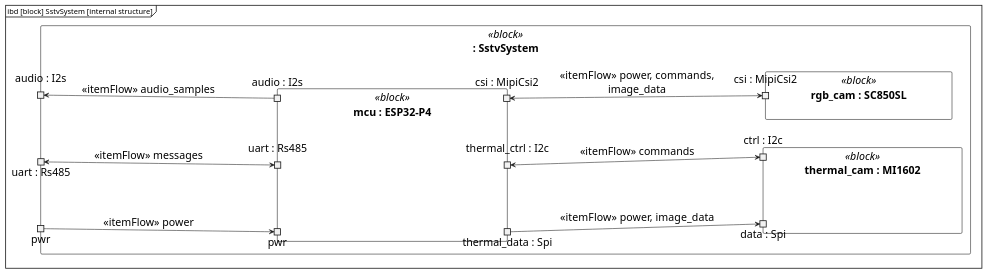
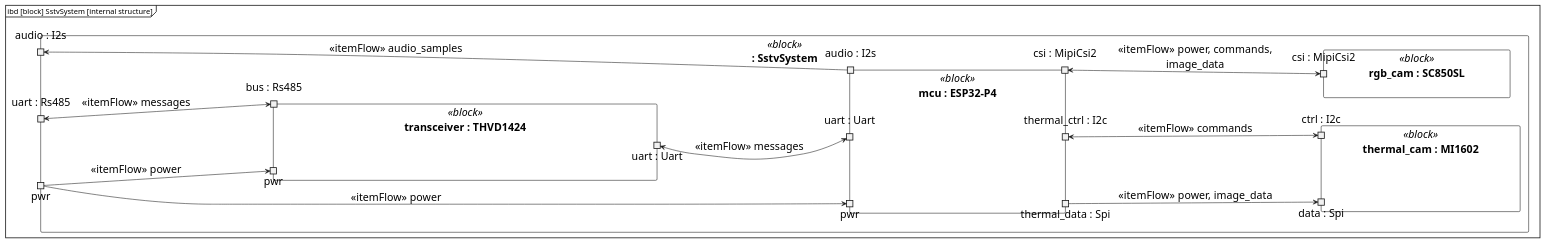
The diagram in figures/hardware-sstv.puml (unexcellent/bachelor_thesis), drawn with PlantUML before and after one commit.

Commit message:
include rs485 transceiver in sstv ibd

```diff
--- a/figures/hardware-sstv.puml
+++ b/figures/hardware-sstv.puml
@@ -1,46 +1,53 @@
 @startuml
 mainframe ibd [block] SstvSystem [internal structure]
 left to right direction
 skinparam componentStyle rectangle
 skinparam nodesep 45
 skinparam ranksep 80
 skinparam defaultFontName Helvetica Neue
 skinparam defaultFontSize 20
 
 ' In left-to-right layout, portin lands on the LEFT edge of a block and
 ' portout on the RIGHT edge; they render identically, so the keyword is
 ' chosen for layout, not semantics.
 '
 ' Some port labels are padded with invisible non-breaking spaces (U+00A0):
 ' graphviz centers each port square over its label, so equal label widths
 ' per block side keep the squares vertically aligned on the border.
 component ": SstvSystem" <<block>> as sstv {
   portin "       pwr       "          as b_pwr
   portin "uart : Rs485" as b_uart
   portin " audio : I2s "  as b_audio
 
+  component "transceiver : THVD1424" <<block>> as xcvr {
+    portin  "bus : Rs485" as xcvr_bus
+    portin  "      pwr      "         as xcvr_pwr
+    portout "uart : Uart" as xcvr_uart
+  }
   component "mcu : ESP32-P4" <<block>> as mcu {
-    portin  "       pwr       "                 as mcu_pwr
-    portin  "uart : Rs485"        as mcu_uart
+    portin  "      pwr      "                 as mcu_pwr
+    portin  "uart : Uart"         as mcu_uart
     portin  " audio : I2s "         as mcu_audio
     portout "thermal_data : Spi"  as mcu_thdata
     portout " thermal_ctrl : I2c "  as mcu_thctrl
     portout "    csi : MipiCsi2    "      as mcu_csi
   }
   component "rgb_cam : SC850SL" <<block>> as rgb {
     portin "csi : MipiCsi2" as rgb_csi
   }
   component "thermal_cam : MI1602" <<block>> as thermal {
     portin " ctrl : I2c " as th_ctrl
     portin "data : Spi" as th_data
   }
 }
 
 ' left-to-right mode rotates direction hints: -down-> renders rightward
 b_pwr      -down->  mcu_pwr    : «itemFlow» power
-b_uart     <-down-> mcu_uart   : «itemFlow» messages
+b_pwr      -down->  xcvr_pwr   : «itemFlow» power
+b_uart     <-down-> xcvr_bus   : «itemFlow» messages
+xcvr_uart  <-down-> mcu_uart   : «itemFlow» messages
 b_audio    <-down-  mcu_audio  : «itemFlow» audio_samples
 mcu_csi    <-down-> rgb_csi    : «itemFlow» power, commands,\nimage_data
 mcu_thctrl <-down-> th_ctrl    : «itemFlow» commands
 mcu_thdata -down->  th_data    : «itemFlow» power, image_data
 @enduml
```
